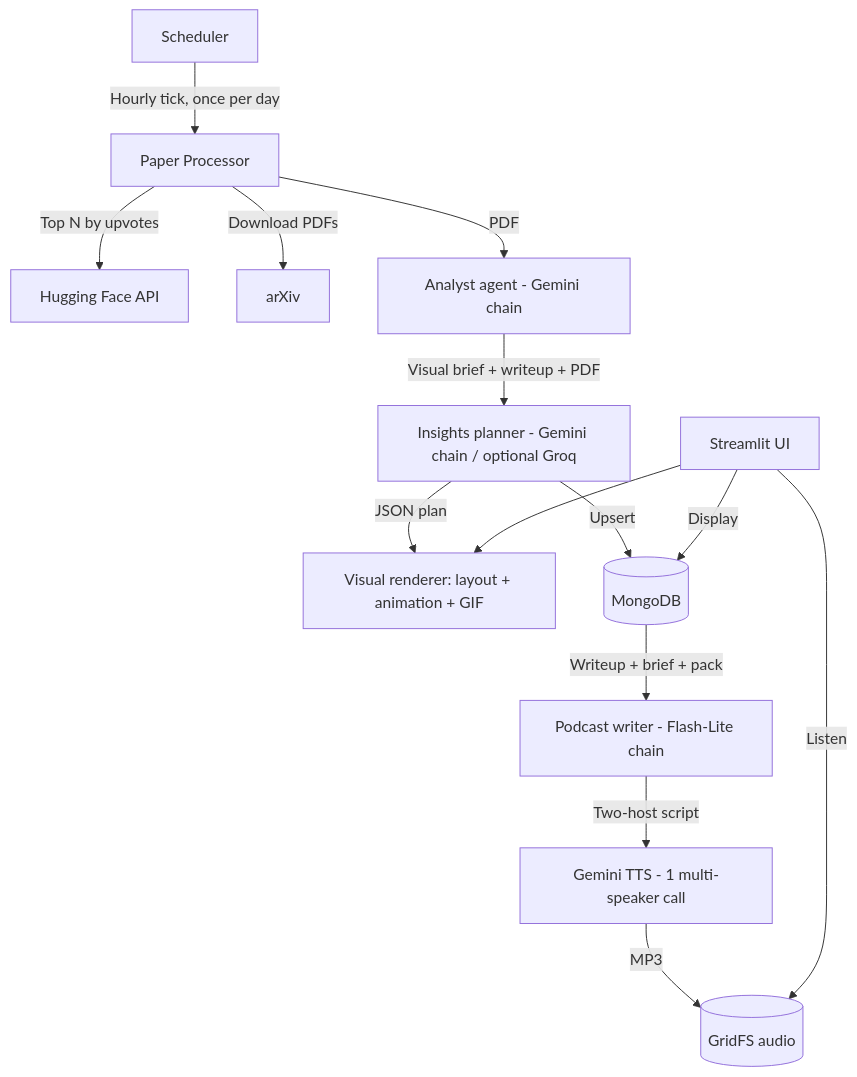
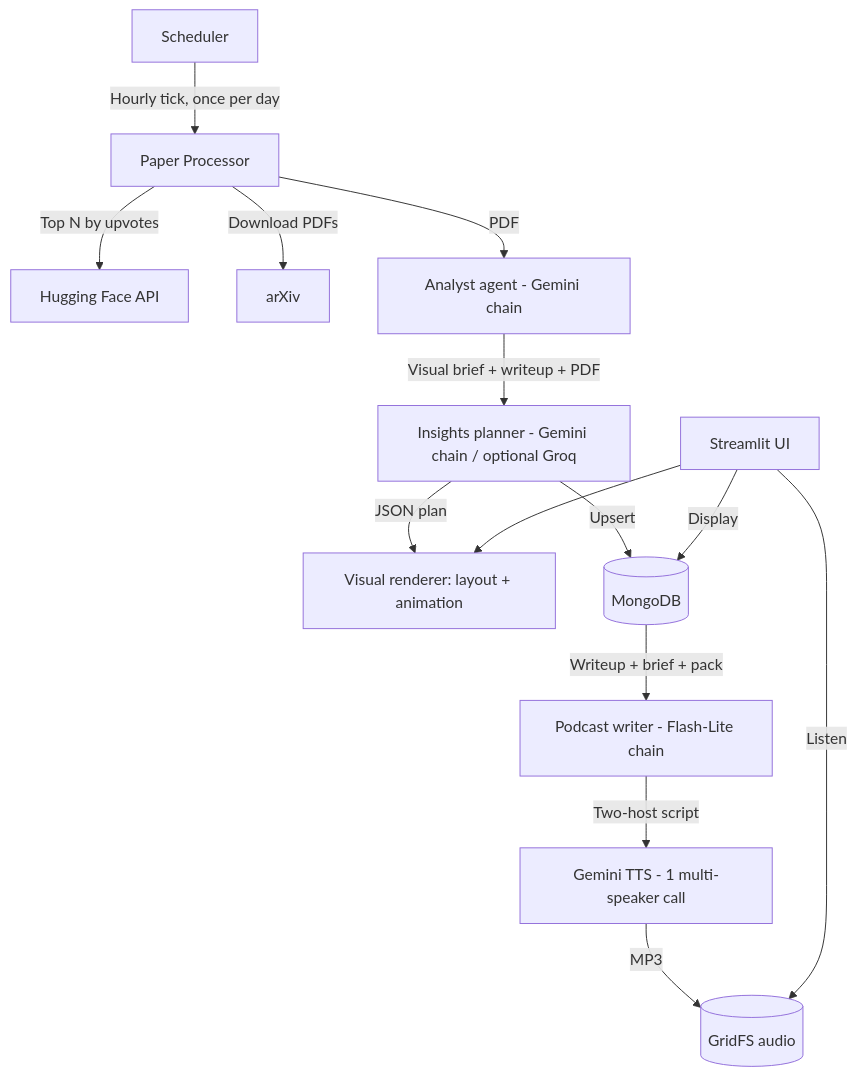
One commit to smokeyScraper/PaperFlux changed the diagram in README.md. Above: the diagram before and after it, drawn with Mermaid. The commit also changed other lines of this file and 4 other files, not shown here.

````diff
--- a/README.md
+++ b/README.md
@@ -39,16 +39,16 @@
 ```mermaid
    flowchart TD
       A[Scheduler] -->|Hourly tick, once per day| B[Paper Processor]
       B -->|Top N by upvotes| C[Hugging Face API]
       B -->|Download PDFs| D[arXiv]
       B -->|PDF| E[Analyst agent - Gemini chain]
       E -->|Visual brief + writeup + PDF| I[Insights planner - Gemini chain / optional Groq]
-      I -->|JSON plan| R[Visual renderer: layout + animation + GIF]
+      I -->|JSON plan| R[Visual renderer: layout + animation]
       I -->|Upsert| F[(MongoDB)]
       F -->|Writeup + brief + pack| W[Podcast writer - Flash-Lite chain]
       W -->|Two-host script| T[Gemini TTS - 1 multi-speaker call]
       T -->|MP3| A2[(GridFS audio)]
       G[Streamlit UI] -->|Display| F
       G -->|Listen| A2
       G --> R
 ```
````
